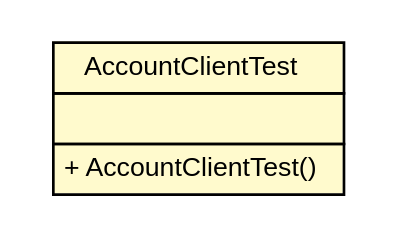
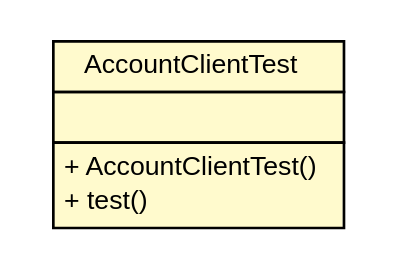
Before and after one commit to ToxBank/toxbank-api-client: the diagram in testapidocs/net/toxbank/client/resource/AccountClientTest.dot, drawn with Graphviz. The commit also changed 329 other files, not shown here.

```diff
--- a/testapidocs/net/toxbank/client/resource/AccountClientTest.dot
+++ b/testapidocs/net/toxbank/client/resource/AccountClientTest.dot
@@ -1,22 +1,23 @@
 #!/usr/local/bin/dot
 #
 # Class diagram 
 # Generated by UmlGraph version 4.6 (http://www.spinellis.gr/sw/umlgraph)
 #
 
 digraph G {
 	edge [fontname="arial",fontsize=10,labelfontname="arial",labelfontsize=10];
 	node [fontname="arial",fontsize=10,shape=plaintext];
 	// net.toxbank.client.resource.AccountClientTest
-	c130 [label=<<table border="0" cellborder="1" cellspacing="0" cellpadding="2" port="p" bgcolor="lemonChiffon" href="./AccountClientTest.html">
+	c154 [label=<<table border="0" cellborder="1" cellspacing="0" cellpadding="2" port="p" bgcolor="lemonChiffon" href="./AccountClientTest.html">
 		<tr><td><table border="0" cellspacing="0" cellpadding="1">
 			<tr><td> AccountClientTest </td></tr>
 		</table></td></tr>
 		<tr><td><table border="0" cellspacing="0" cellpadding="1">
 			<tr><td align="left">  </td></tr>
 		</table></td></tr>
 		<tr><td><table border="0" cellspacing="0" cellpadding="1">
 			<tr><td align="left"> + AccountClientTest() </td></tr>
+			<tr><td align="left"> + test() </td></tr>
 		</table></td></tr>
 		</table>>, fontname="arial", fontcolor="black", fontsize=10.0];
 }
```
